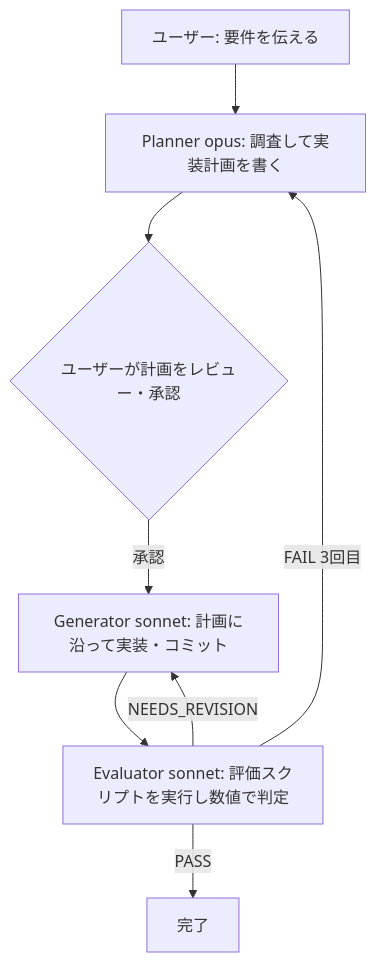
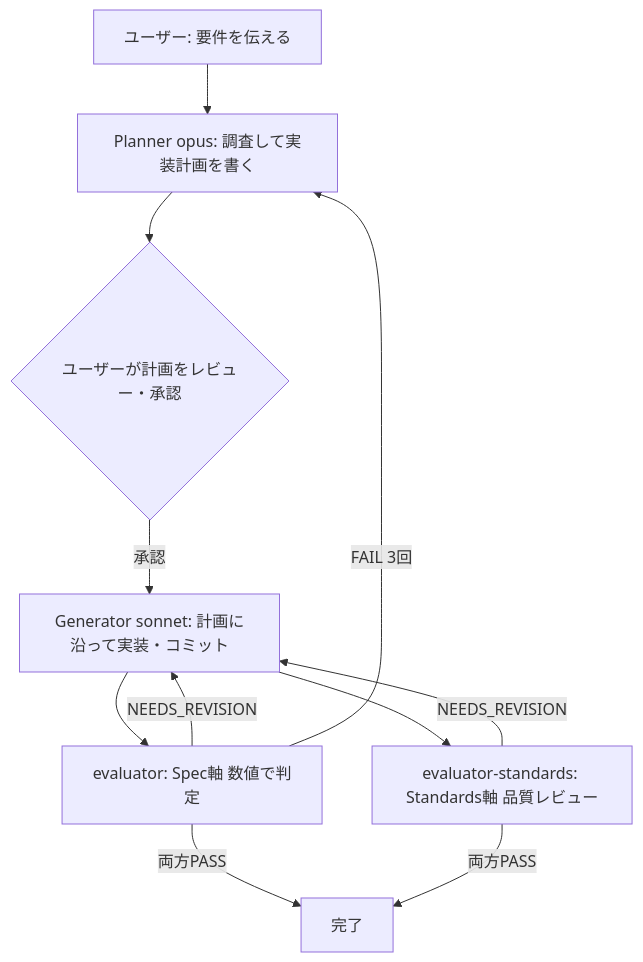
The first of 2 diagrams in README.md (takayoshitoyoda05/claude-ml-template), drawn with Mermaid before and after one commit. The commit also changed other lines of this file, not shown here.

````diff
--- a/README.md
+++ b/README.md
@@ -9,10 +7,11 @@
 ```mermaid
 flowchart TD
     A[ユーザー: 要件を伝える] --> B[Planner opus: 調査して実装計画を書く]
     B --> C{ユーザーが計画をレビュー・承認}
     C -->|承認| D[Generator sonnet: 計画に沿って実装・コミット]
-    D --> E[Evaluator sonnet: 評価スクリプトを実行し数値で判定]
-    E -->|PASS| F[完了]
-    E -->|NEEDS_REVISION| D
-    E -->|FAIL 3回目| B
+    D --> E[evaluator: Spec軸 数値で判定]
+    D --> F[evaluator-standards: Standards軸 品質レビュー]
+    E & F -->|両方PASS| G[完了]
+    E & F -->|NEEDS_REVISION| D
+    E -->|FAIL 3回| B
 ```
````
